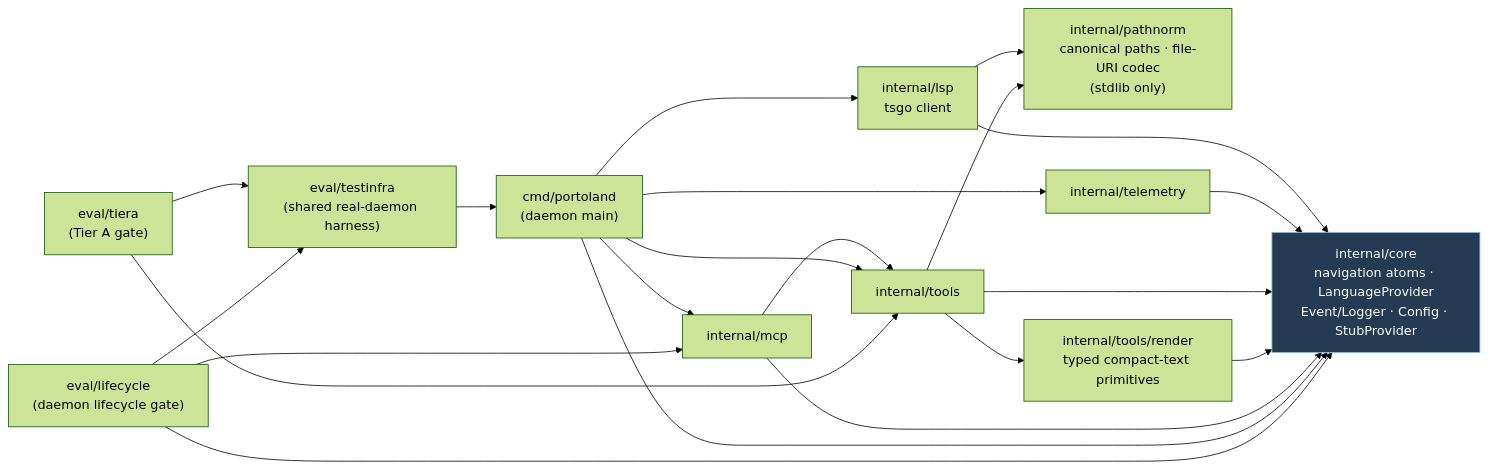
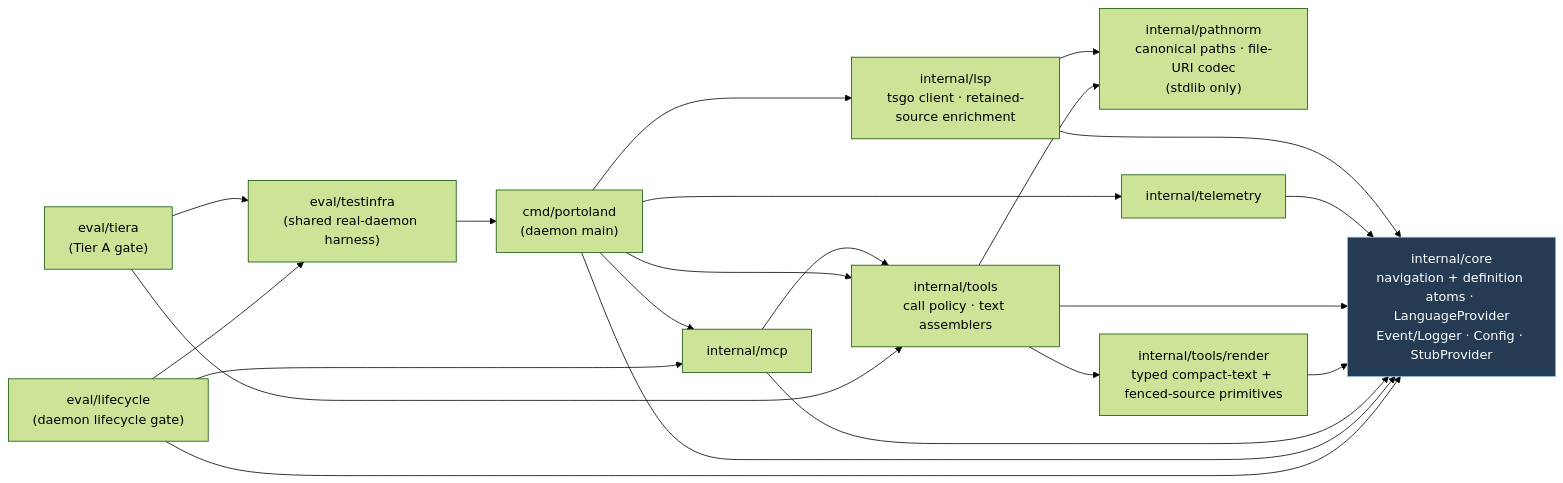
One commit to skflowne/portolan changed the fourth of 6 diagrams in ARCHITECTURE.md. Above: the diagram before and after it, drawn with Mermaid (forest theme). The commit also changed other lines of this file and 4 other files, not shown here.

````diff
--- a/ARCHITECTURE.md
+++ b/ARCHITECTURE.md
@@ -239,38 +267,38 @@
 ```mermaid
 flowchart LR
-    core["internal/core<br/>navigation atoms · LanguageProvider<br/>Event/Logger · Config · StubProvider"]
-    lsp["internal/lsp<br/>tsgo client"]
+    core["internal/core<br/>navigation + definition atoms · LanguageProvider<br/>Event/Logger · Config · StubProvider"]
+    lsp["internal/lsp<br/>tsgo client · retained-source enrichment"]
     path["internal/pathnorm<br/>canonical paths · file-URI codec<br/>(stdlib only)"]
     tel["internal/telemetry"]
-    tools["internal/tools"]
-    render["internal/tools/render<br/>typed compact-text primitives"]
+    tools["internal/tools<br/>call policy · text assemblers"]
+    render["internal/tools/render<br/>typed compact-text + fenced-source primitives"]
     mcp["internal/mcp"]
     cmd["cmd/portoland<br/>(daemon main)"]
     eval["eval/tiera<br/>(Tier A gate)"]
     lifecycle["eval/lifecycle<br/>(daemon lifecycle gate)"]
     testinfra["eval/testinfra<br/>(shared real-daemon harness)"]
 
     lsp --> core
     lsp --> path
     tel --> core
     tools --> core
     tools --> path
     tools --> render
     render --> core
     mcp --> core
     mcp --> tools
     cmd --> core
     cmd --> lsp
     cmd --> tel
     cmd --> mcp
     cmd --> tools
     eval --> tools
     eval --> testinfra
     lifecycle --> testinfra
     lifecycle --> mcp
     lifecycle --> core
     testinfra --> cmd
 
     classDef center fill:#243b53,stroke:#8bd,color:#fff;
     class core center;
 ```
````
